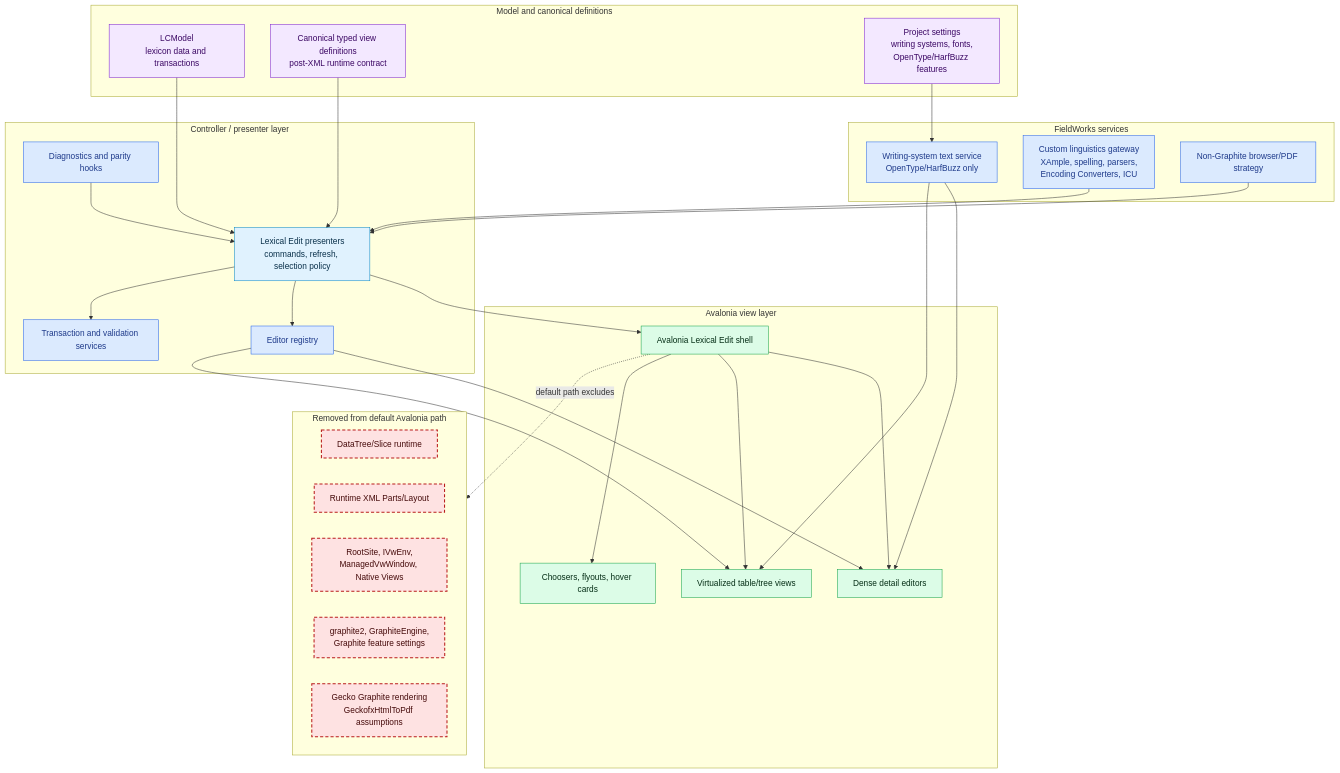
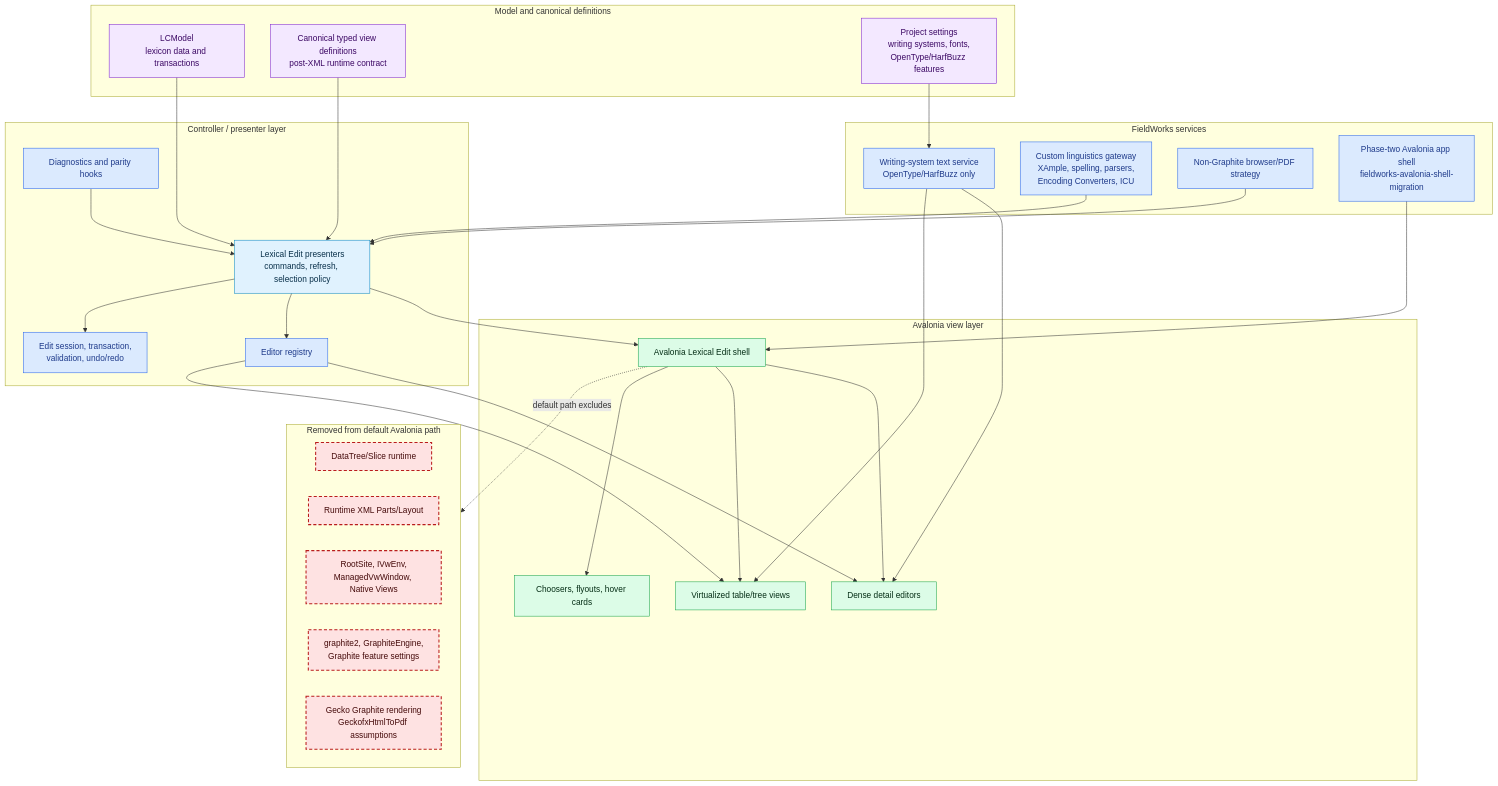
One commit to sillsdev/FieldWorks changed the sixth of 6 diagrams in openspec/changes/lexical-edit-avalonia-migration/architecture-diagrams.md. Above: the diagram before and after it, drawn with Mermaid. The commit also changed other lines of this file and 11 other files, not shown here.

````diff
--- a/openspec/changes/lexical-edit-avalonia-migration/architecture-diagrams.md
+++ b/openspec/changes/lexical-edit-avalonia-migration/architecture-diagrams.md
@@ -271,60 +309,62 @@
 ```mermaid
 flowchart TB
   subgraph ModelLayer["Model and canonical definitions"]
     LCModel["LCModel<br/>lexicon data and transactions"]:::model
     Canonical["Canonical typed view definitions<br/>post-XML runtime contract"]:::model
     ProjectSettings["Project settings<br/>writing systems, fonts,<br/>OpenType/HarfBuzz features"]:::model
   end
 
   subgraph ControllerLayer["Controller / presenter layer"]
     Presenter["Lexical Edit presenters<br/>commands, refresh, selection policy"]:::controller
     EditorRegistry["Editor registry"]:::port
-    Transaction["Transaction and validation services"]:::port
+    Transaction["Edit session, transaction,<br/>validation, undo/redo"]:::port
     Diagnostics["Diagnostics and parity hooks"]:::port
   end
 
   subgraph ViewLayer["Avalonia view layer"]
     Shell["Avalonia Lexical Edit shell"]:::future
     Detail["Dense detail editors"]:::future
     Tables["Virtualized table/tree views"]:::future
     Popups["Choosers, flyouts, hover cards"]:::future
   end
 
   subgraph ServiceLayer["FieldWorks services"]
     Text["Writing-system text service<br/>OpenType/HarfBuzz only"]:::port
     Linguistics["Custom linguistics gateway<br/>XAmple, spelling, parsers,<br/>Encoding Converters, ICU"]:::port
     BrowserPdf["Non-Graphite browser/PDF strategy"]:::port
+    ShellPhase["Phase-two Avalonia app shell<br/>fieldworks-avalonia-shell-migration"]:::port
   end
 
   subgraph Decommissioned["Removed from default Avalonia path"]
     DataTree["DataTree/Slice runtime"]:::decom
     XMLRuntime["Runtime XML Parts/Layout"]:::decom
     NativeViews["RootSite, IVwEnv,<br/>ManagedVwWindow, Native Views"]:::decom
     Graphite["graphite2, GraphiteEngine,<br/>Graphite feature settings"]:::decom
     Gecko["Gecko Graphite rendering<br/>GeckofxHtmlToPdf assumptions"]:::decom
   end
 
   LCModel --> Presenter
   Canonical --> Presenter
   ProjectSettings --> Text
   Presenter --> Shell
   Presenter --> EditorRegistry
   Presenter --> Transaction
   Shell --> Detail
   Shell --> Tables
   Shell --> Popups
   EditorRegistry --> Detail
   EditorRegistry --> Tables
   Text --> Detail
   Text --> Tables
   Linguistics --> Presenter
   BrowserPdf --> Presenter
+  ShellPhase --> Shell
   Diagnostics --> Presenter
   Shell -. default path excludes .-> Decommissioned
 
   classDef model fill:#f3e8ff,stroke:#7e22ce,color:#3b0764;
   classDef controller fill:#e0f2fe,stroke:#0284c7,color:#082f49;
   classDef port fill:#dbeafe,stroke:#2563eb,color:#1e3a8a;
   classDef future fill:#dcfce7,stroke:#16a34a,color:#052e16;
   classDef decom fill:#fee2e2,stroke:#b91c1c,stroke-width:2px,stroke-dasharray: 6 4,color:#450a0a;
 ```
````
